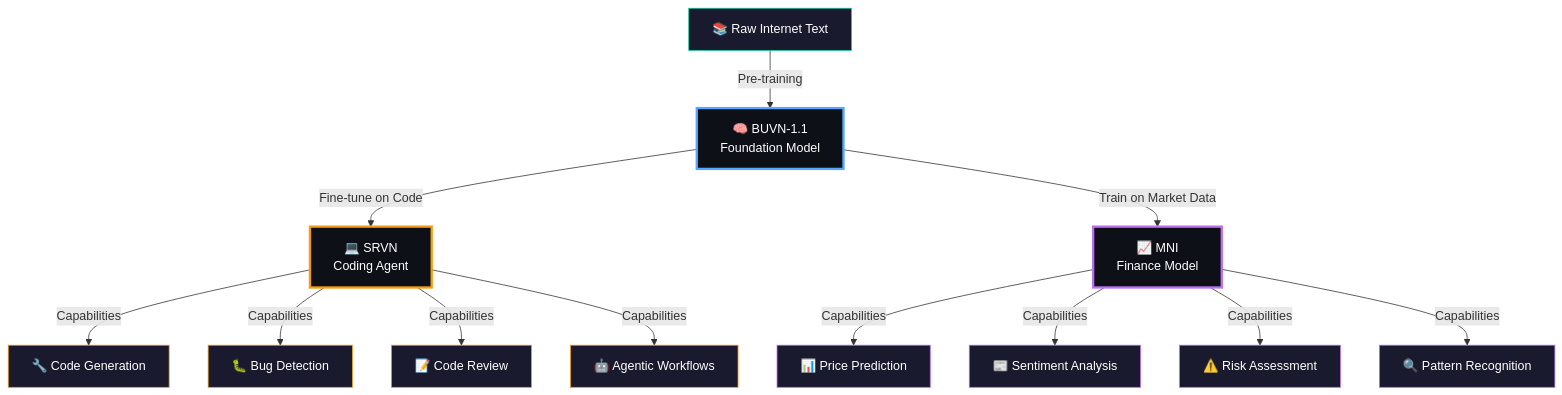
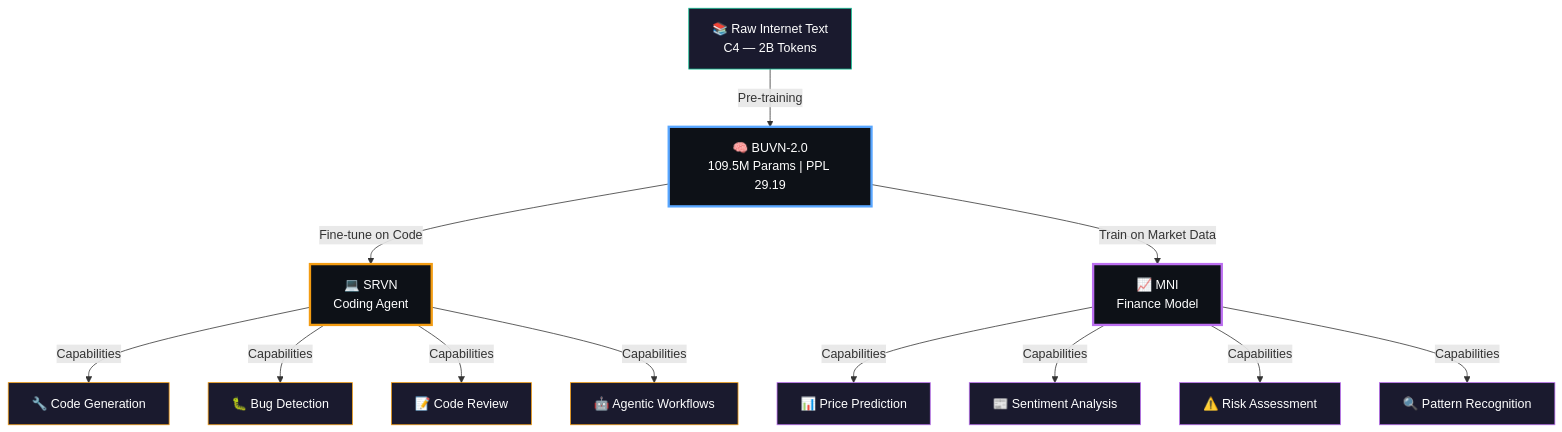
Before and after one commit to bhuvan0808/beuvian: the first of 2 diagrams in README.md, drawn with Mermaid. The commit also changed other lines of this file and 2 other files, not shown here.

First line of the commit message:
feat: update root README with BUVN-2.0 results, add neo-brutalist design system

````diff
--- a/README.md
+++ b/README.md
@@ -94,30 +95,30 @@
 ```mermaid
 graph TD
-    RAW["📚 Raw Internet Text"] -->|Pre-training| BUVN["🧠 BUVN-1.1<br/>Foundation Model"]
+    RAW["📚 Raw Internet Text<br/>C4 — 2B Tokens"] -->|Pre-training| BUVN["🧠 BUVN-2.0<br/>109.5M Params | PPL 29.19"]
 
     BUVN -->|Fine-tune on Code| SRVN["💻 SRVN<br/>Coding Agent"]
     BUVN -->|Train on Market Data| MNI["📈 MNI<br/>Finance Model"]
 
     SRVN -->|Capabilities| S1["🔧 Code Generation"]
     SRVN -->|Capabilities| S2["🐛 Bug Detection"]
     SRVN -->|Capabilities| S3["📝 Code Review"]
     SRVN -->|Capabilities| S4["🤖 Agentic Workflows"]
 
     MNI -->|Capabilities| M1["📊 Price Prediction"]
     MNI -->|Capabilities| M2["📰 Sentiment Analysis"]
     MNI -->|Capabilities| M3["⚠️ Risk Assessment"]
     MNI -->|Capabilities| M4["🔍 Pattern Recognition"]
 
     style RAW fill:#1a1a2e,stroke:#16c79a,color:#fff
     style BUVN fill:#0d1117,stroke:#58a6ff,color:#fff,stroke-width:3px
     style SRVN fill:#0d1117,stroke:#f39c12,color:#fff,stroke-width:3px
     style MNI fill:#0d1117,stroke:#bc6ff1,color:#fff,stroke-width:3px
     style S1 fill:#1a1a2e,stroke:#f39c12,color:#fff
     style S2 fill:#1a1a2e,stroke:#f39c12,color:#fff
     style S3 fill:#1a1a2e,stroke:#f39c12,color:#fff
     style S4 fill:#1a1a2e,stroke:#f39c12,color:#fff
     style M1 fill:#1a1a2e,stroke:#bc6ff1,color:#fff
     style M2 fill:#1a1a2e,stroke:#bc6ff1,color:#fff
     style M3 fill:#1a1a2e,stroke:#bc6ff1,color:#fff
     style M4 fill:#1a1a2e,stroke:#bc6ff1,color:#fff
 ```
````
